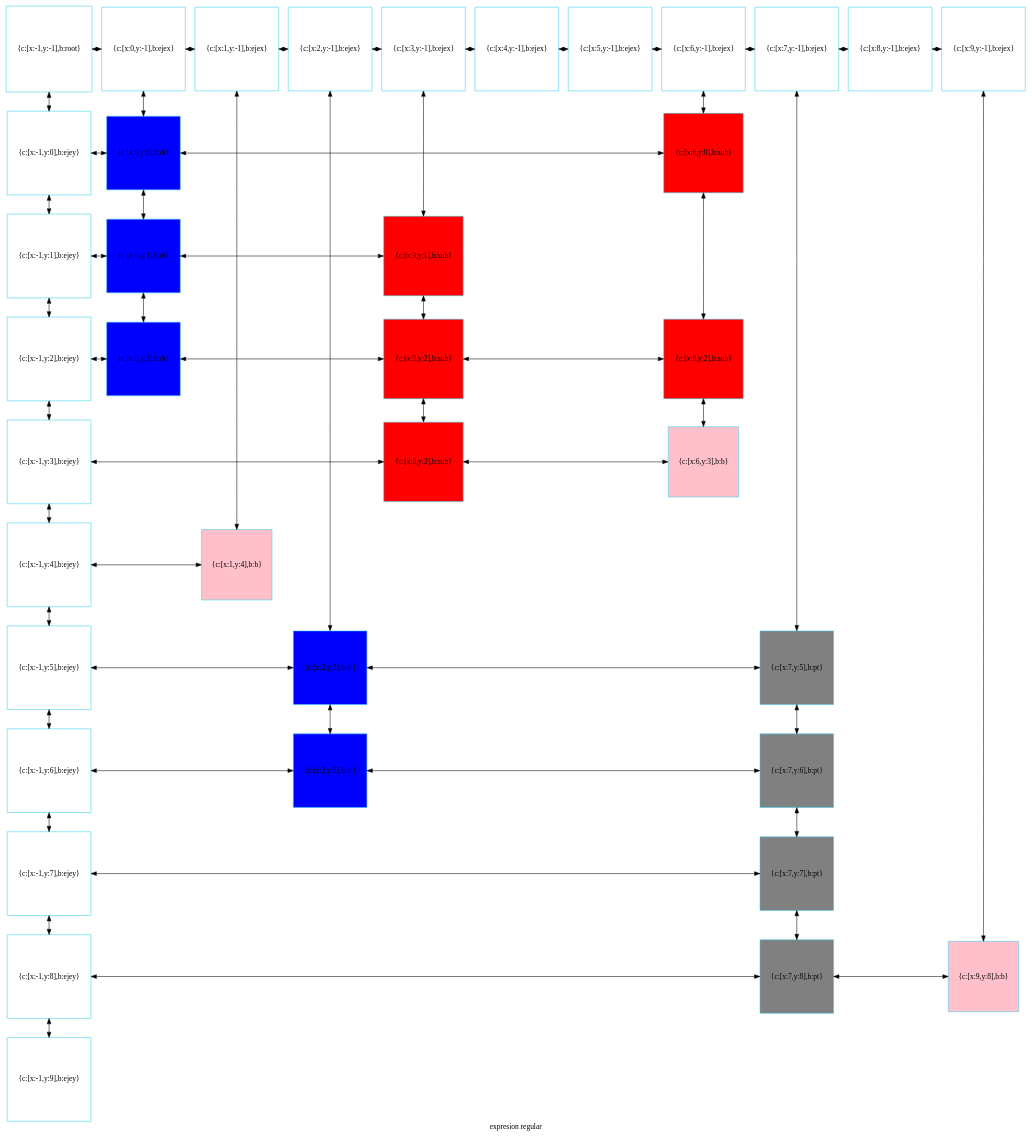
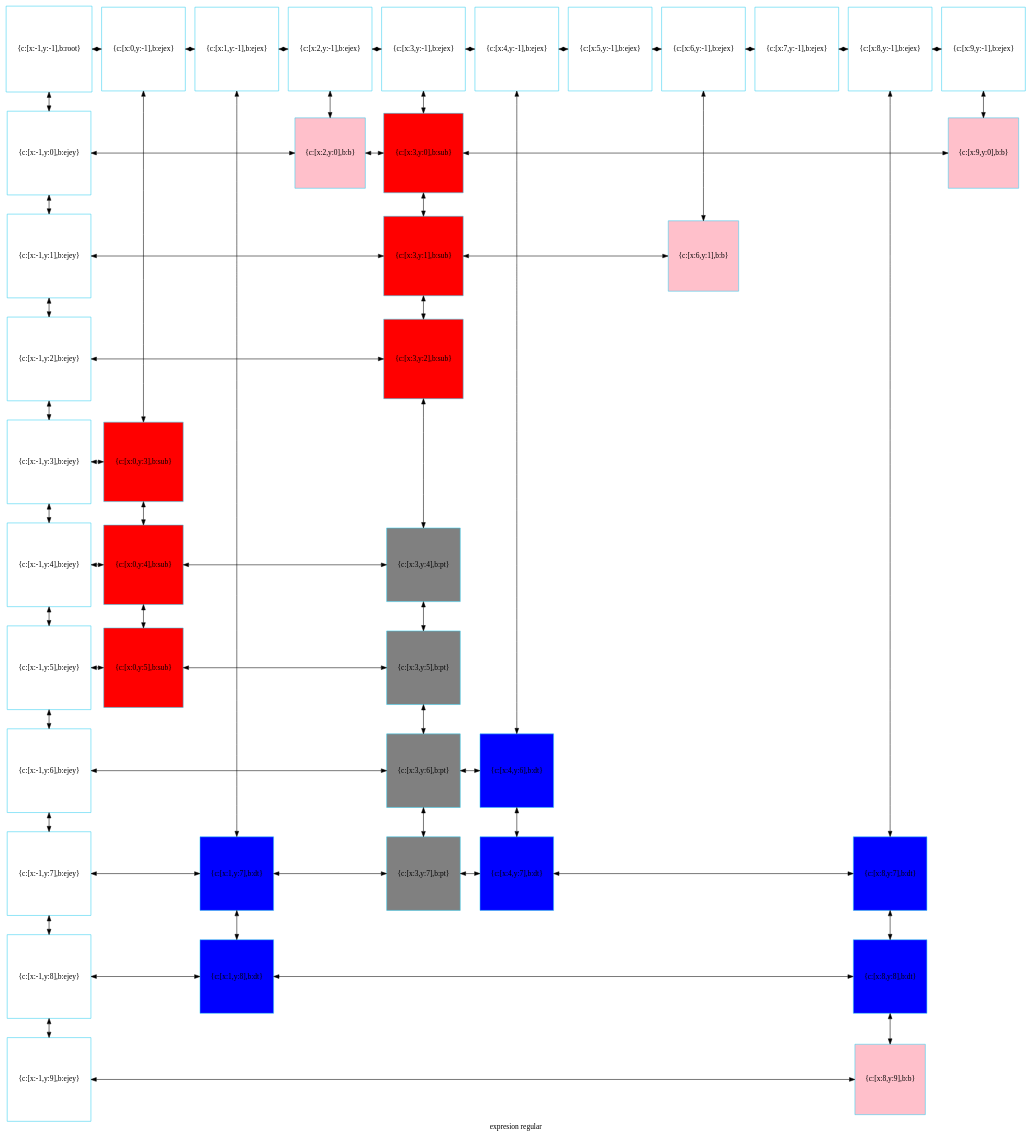
The diagram in compu.dot (betebetoven/EDDS2F2), drawn with Graphviz before and after one commit. The commit also changed 23 other files, not shown here.

```diff
--- a/compu.dot
+++ b/compu.dot
@@ -1,112 +1,121 @@
 digraph G
 {label="expresion regular"
         node[shape = square]
         node[style = filled]
         node[fillcolor = "#EEEEE"]
         node[color = "#EEEEE"]
         node[color = "#31CEF0"]
 
-101328199296[label="{c:[x:-1,y:-1],b:root}",fillcolor = "white"]
-101328197712[label="{c:[x:0,y:-1],b:ejex}",fillcolor = "white"]
-101328197856[label="{c:[x:1,y:-1],b:ejex}",fillcolor = "white"]
-101328199200[label="{c:[x:2,y:-1],b:ejex}",fillcolor = "white"]
-101328199488[label="{c:[x:3,y:-1],b:ejex}",fillcolor = "white"]
-101351469120[label="{c:[x:4,y:-1],b:ejex}",fillcolor = "white"]
-101351469408[label="{c:[x:5,y:-1],b:ejex}",fillcolor = "white"]
-101351469504[label="{c:[x:6,y:-1],b:ejex}",fillcolor = "white"]
-101351469648[label="{c:[x:7,y:-1],b:ejex}",fillcolor = "white"]
-101351469792[label="{c:[x:8,y:-1],b:ejex}",fillcolor = "white"]
-101351469936[label="{c:[x:9,y:-1],b:ejex}",fillcolor = "white"]
-101351470080[label="{c:[x:-1,y:0],b:ejey}",fillcolor = "white"]
-101351520768[label="{c:[x:0,y:0],b:dt}",fillcolor = "blue"]
-101351472960[label="{c:[x:6,y:0],b:sub}",fillcolor = "red"]
-101351470224[label="{c:[x:-1,y:1],b:ejey}",fillcolor = "white"]
-101351521104[label="{c:[x:0,y:1],b:dt}",fillcolor = "blue"]
-101351519088[label="{c:[x:3,y:1],b:sub}",fillcolor = "red"]
-101351470368[label="{c:[x:-1,y:2],b:ejey}",fillcolor = "white"]
-101351520096[label="{c:[x:0,y:2],b:dt}",fillcolor = "blue"]
-101351519424[label="{c:[x:3,y:2],b:sub}",fillcolor = "red"]
-101351518752[label="{c:[x:6,y:2],b:sub}",fillcolor = "red"]
-101351470512[label="{c:[x:-1,y:3],b:ejey}",fillcolor = "white"]
-101351519760[label="{c:[x:3,y:3],b:sub}",fillcolor = "red"]
-101351531376[label="{c:[x:6,y:3],b:b}",fillcolor = "pink"]
-101351470656[label="{c:[x:-1,y:4],b:ejey}",fillcolor = "white"]
-101351522112[label="{c:[x:1,y:4],b:b}",fillcolor = "pink"]
-101351470800[label="{c:[x:-1,y:5],b:ejey}",fillcolor = "white"]
-101351521440[label="{c:[x:2,y:5],b:dt}",fillcolor = "blue"]
-101351472288[label="{c:[x:7,y:5],b:pt}",fillcolor = "gray"]
-101351470944[label="{c:[x:-1,y:6],b:ejey}",fillcolor = "white"]
-101351521776[label="{c:[x:2,y:6],b:dt}",fillcolor = "blue"]
-101351471952[label="{c:[x:7,y:6],b:pt}",fillcolor = "gray"]
-101351471088[label="{c:[x:-1,y:7],b:ejey}",fillcolor = "white"]
-101351471712[label="{c:[x:7,y:7],b:pt}",fillcolor = "gray"]
-101351471232[label="{c:[x:-1,y:8],b:ejey}",fillcolor = "white"]
-101351472624[label="{c:[x:7,y:8],b:pt}",fillcolor = "gray"]
-101351531040[label="{c:[x:9,y:8],b:b}",fillcolor = "pink"]
-101351471376[label="{c:[x:-1,y:9],b:ejey}",fillcolor = "white"]
-101328199296->101351470080[dir = both];
-101351470080->101351470224[dir = both];
-101351470224->101351470368[dir = both];
-101351470368->101351470512[dir = both];
-101351470512->101351470656[dir = both];
-101351470656->101351470800[dir = both];
-101351470800->101351470944[dir = both];
-101351470944->101351471088[dir = both];
-101351471088->101351471232[dir = both];
-101351471232->101351471376[dir = both];
-101328197712->101351520768[dir = both];
-101351520768->101351521104[dir = both];
-101351521104->101351520096[dir = both];
-101328197856->101351522112[dir = both];
-101328199200->101351521440[dir = both];
-101351521440->101351521776[dir = both];
-101328199488->101351519088[dir = both];
-101351519088->101351519424[dir = both];
-101351519424->101351519760[dir = both];
-101351469504->101351472960[dir = both];
-101351472960->101351518752[dir = both];
-101351518752->101351531376[dir = both];
-101351469648->101351472288[dir = both];
-101351472288->101351471952[dir = both];
-101351471952->101351471712[dir = both];
-101351471712->101351472624[dir = both];
-101351469936->101351531040[dir = both];
-101328199296->101328197712[dir = both];
-101328197712->101328197856[dir = both];
-101328197856->101328199200[dir = both];
-101328199200->101328199488[dir = both];
-101328199488->101351469120[dir = both];
-101351469120->101351469408[dir = both];
-101351469408->101351469504[dir = both];
-101351469504->101351469648[dir = both];
-101351469648->101351469792[dir = both];
-101351469792->101351469936[dir = both];
-101351470080->101351520768[constraint=false,dir = both];
-101351520768->101351472960[constraint=false,dir = both];
-101351470224->101351521104[constraint=false,dir = both];
-101351521104->101351519088[constraint=false,dir = both];
-101351470368->101351520096[constraint=false,dir = both];
-101351520096->101351519424[constraint=false,dir = both];
-101351519424->101351518752[constraint=false,dir = both];
-101351470512->101351519760[constraint=false,dir = both];
-101351519760->101351531376[constraint=false,dir = both];
-101351470656->101351522112[constraint=false,dir = both];
-101351470800->101351521440[constraint=false,dir = both];
-101351521440->101351472288[constraint=false,dir = both];
-101351470944->101351521776[constraint=false,dir = both];
-101351521776->101351471952[constraint=false,dir = both];
-101351471088->101351471712[constraint=false,dir = both];
-101351471232->101351472624[constraint=false,dir = both];
-101351472624->101351531040[constraint=false,dir = both];
- {rank=same; 101328199296;101328197712;101328197856;101328199200;101328199488;101351469120;101351469408;101351469504;101351469648;101351469792;101351469936;}
- {rank=same; 101351470080;101351520768;101351472960;}
- {rank=same; 101351470224;101351521104;101351519088;}
- {rank=same; 101351470368;101351520096;101351519424;101351518752;}
- {rank=same; 101351470512;101351519760;101351531376;}
- {rank=same; 101351470656;101351522112;}
- {rank=same; 101351470800;101351521440;101351472288;}
- {rank=same; 101351470944;101351521776;101351471952;}
- {rank=same; 101351471088;101351471712;}
- {rank=same; 101351471232;101351472624;101351531040;}
- {rank=same; 101351471376;}
+2029351999504[label="{c:[x:-1,y:-1],b:root}",fillcolor = "white"]
+2029351998640[label="{c:[x:0,y:-1],b:ejex}",fillcolor = "white"]
+2029351998736[label="{c:[x:1,y:-1],b:ejex}",fillcolor = "white"]
+2029351999648[label="{c:[x:2,y:-1],b:ejex}",fillcolor = "white"]
+2029351998880[label="{c:[x:3,y:-1],b:ejex}",fillcolor = "white"]
+2029351999792[label="{c:[x:4,y:-1],b:ejex}",fillcolor = "white"]
+2029351999936[label="{c:[x:5,y:-1],b:ejex}",fillcolor = "white"]
+2029352000080[label="{c:[x:6,y:-1],b:ejex}",fillcolor = "white"]
+2029352000224[label="{c:[x:7,y:-1],b:ejex}",fillcolor = "white"]
+2029352000368[label="{c:[x:8,y:-1],b:ejex}",fillcolor = "white"]
+2029352000512[label="{c:[x:9,y:-1],b:ejex}",fillcolor = "white"]
+2029352000656[label="{c:[x:-1,y:0],b:ejey}",fillcolor = "white"]
+2029352007568[label="{c:[x:2,y:0],b:b}",fillcolor = "pink"]
+2029352003776[label="{c:[x:3,y:0],b:sub}",fillcolor = "red"]
+2029352007904[label="{c:[x:9,y:0],b:b}",fillcolor = "pink"]
+2029352000800[label="{c:[x:-1,y:1],b:ejey}",fillcolor = "white"]
+2029352003872[label="{c:[x:3,y:1],b:sub}",fillcolor = "red"]
+2029352008576[label="{c:[x:6,y:1],b:b}",fillcolor = "pink"]
+2029352000944[label="{c:[x:-1,y:2],b:ejey}",fillcolor = "white"]
+2029352003632[label="{c:[x:3,y:2],b:sub}",fillcolor = "red"]
+2029352001088[label="{c:[x:-1,y:3],b:ejey}",fillcolor = "white"]
+2029352004544[label="{c:[x:0,y:3],b:sub}",fillcolor = "red"]
+2029352001232[label="{c:[x:-1,y:4],b:ejey}",fillcolor = "white"]
+2029352004880[label="{c:[x:0,y:4],b:sub}",fillcolor = "red"]
+2029352002432[label="{c:[x:3,y:4],b:pt}",fillcolor = "gray"]
+2029352001376[label="{c:[x:-1,y:5],b:ejey}",fillcolor = "white"]
+2029352005216[label="{c:[x:0,y:5],b:sub}",fillcolor = "red"]
+2029352003008[label="{c:[x:3,y:5],b:pt}",fillcolor = "gray"]
+2029352001520[label="{c:[x:-1,y:6],b:ejey}",fillcolor = "white"]
+2029352002528[label="{c:[x:3,y:6],b:pt}",fillcolor = "gray"]
+2029352006224[label="{c:[x:4,y:6],b:dt}",fillcolor = "blue"]
+2029352001664[label="{c:[x:-1,y:7],b:ejey}",fillcolor = "white"]
+2029352006896[label="{c:[x:1,y:7],b:dt}",fillcolor = "blue"]
+2029352002288[label="{c:[x:3,y:7],b:pt}",fillcolor = "gray"]
+2029352006560[label="{c:[x:4,y:7],b:dt}",fillcolor = "blue"]
+2029352005552[label="{c:[x:8,y:7],b:dt}",fillcolor = "blue"]
+2029352001808[label="{c:[x:-1,y:8],b:ejey}",fillcolor = "white"]
+2029352007232[label="{c:[x:1,y:8],b:dt}",fillcolor = "blue"]
+2029352005888[label="{c:[x:8,y:8],b:dt}",fillcolor = "blue"]
+2029352001952[label="{c:[x:-1,y:9],b:ejey}",fillcolor = "white"]
+2029352008240[label="{c:[x:8,y:9],b:b}",fillcolor = "pink"]
+2029351999504->2029352000656[dir = both];
+2029352000656->2029352000800[dir = both];
+2029352000800->2029352000944[dir = both];
+2029352000944->2029352001088[dir = both];
+2029352001088->2029352001232[dir = both];
+2029352001232->2029352001376[dir = both];
+2029352001376->2029352001520[dir = both];
+2029352001520->2029352001664[dir = both];
+2029352001664->2029352001808[dir = both];
+2029352001808->2029352001952[dir = both];
+2029351998640->2029352004544[dir = both];
+2029352004544->2029352004880[dir = both];
+2029352004880->2029352005216[dir = both];
+2029351998736->2029352006896[dir = both];
+2029352006896->2029352007232[dir = both];
+2029351999648->2029352007568[dir = both];
+2029351998880->2029352003776[dir = both];
+2029352003776->2029352003872[dir = both];
+2029352003872->2029352003632[dir = both];
+2029352003632->2029352002432[dir = both];
+2029352002432->2029352003008[dir = both];
+2029352003008->2029352002528[dir = both];
+2029352002528->2029352002288[dir = both];
+2029351999792->2029352006224[dir = both];
+2029352006224->2029352006560[dir = both];
+2029352000080->2029352008576[dir = both];
+2029352000368->2029352005552[dir = both];
+2029352005552->2029352005888[dir = both];
+2029352005888->2029352008240[dir = both];
+2029352000512->2029352007904[dir = both];
+2029351999504->2029351998640[dir = both];
+2029351998640->2029351998736[dir = both];
+2029351998736->2029351999648[dir = both];
+2029351999648->2029351998880[dir = both];
+2029351998880->2029351999792[dir = both];
+2029351999792->2029351999936[dir = both];
+2029351999936->2029352000080[dir = both];
+2029352000080->2029352000224[dir = both];
+2029352000224->2029352000368[dir = both];
+2029352000368->2029352000512[dir = both];
+2029352000656->2029352007568[constraint=false,dir = both];
+2029352007568->2029352003776[constraint=false,dir = both];
+2029352003776->2029352007904[constraint=false,dir = both];
+2029352000800->2029352003872[constraint=false,dir = both];
+2029352003872->2029352008576[constraint=false,dir = both];
+2029352000944->2029352003632[constraint=false,dir = both];
+2029352001088->2029352004544[constraint=false,dir = both];
+2029352001232->2029352004880[constraint=false,dir = both];
+2029352004880->2029352002432[constraint=false,dir = both];
+2029352001376->2029352005216[constraint=false,dir = both];
+2029352005216->2029352003008[constraint=false,dir = both];
+2029352001520->2029352002528[constraint=false,dir = both];
+2029352002528->2029352006224[constraint=false,dir = both];
+2029352001664->2029352006896[constraint=false,dir = both];
+2029352006896->2029352002288[constraint=false,dir = both];
+2029352002288->2029352006560[constraint=false,dir = both];
+2029352006560->2029352005552[constraint=false,dir = both];
+2029352001808->2029352007232[constraint=false,dir = both];
+2029352007232->2029352005888[constraint=false,dir = both];
+2029352001952->2029352008240[constraint=false,dir = both];
+ {rank=same; 2029351999504;2029351998640;2029351998736;2029351999648;2029351998880;2029351999792;2029351999936;2029352000080;2029352000224;2029352000368;2029352000512;}
+ {rank=same; 2029352000656;2029352007568;2029352003776;2029352007904;}
+ {rank=same; 2029352000800;2029352003872;2029352008576;}
+ {rank=same; 2029352000944;2029352003632;}
+ {rank=same; 2029352001088;2029352004544;}
+ {rank=same; 2029352001232;2029352004880;2029352002432;}
+ {rank=same; 2029352001376;2029352005216;2029352003008;}
+ {rank=same; 2029352001520;2029352002528;2029352006224;}
+ {rank=same; 2029352001664;2029352006896;2029352002288;2029352006560;2029352005552;}
+ {rank=same; 2029352001808;2029352007232;2029352005888;}
+ {rank=same; 2029352001952;2029352008240;}
 }
```
